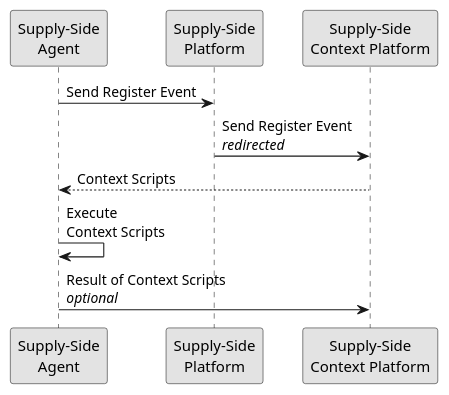
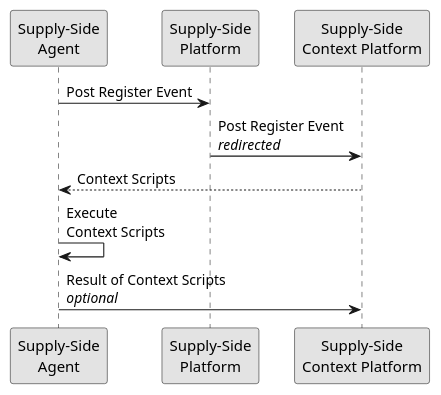
Before and after one commit to adshares/adshares-docs: the diagram in protocol/impressions/user_navigates.rst, drawn with PlantUML. The commit also changed 5 other files, not shown here.

```diff
--- a/protocol/impressions/user_navigates.rst
+++ b/protocol/impressions/user_navigates.rst
@@ -7,14 +7,14 @@
 .. uml::
     :align: center
 
     skinparam monochrome true
 
     participant "Supply-Side\nAgent"                as SSA
     participant "Supply-Side\nPlatform"             as SSP
     participant "Supply-Side\nContext Platform"     as SSCP
 
-    SSA ->      SSP     : Send Register Event
-    SSP ->      SSCP    : Send Register Event\n//redirected//
+    SSA ->      SSP     : Post Register Event
+    SSP ->      SSCP    : Post Register Event\n//redirected//
     SSCP -->    SSA     : Context Scripts
     SSA ->      SSA     : Execute\nContext Scripts
     SSA ->      SSCP    : Result of Context Scripts\n//optional//
```
